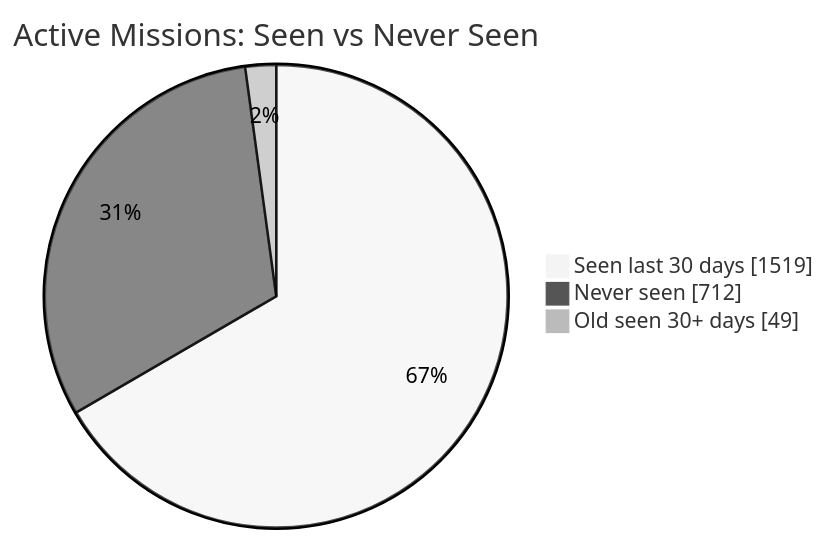
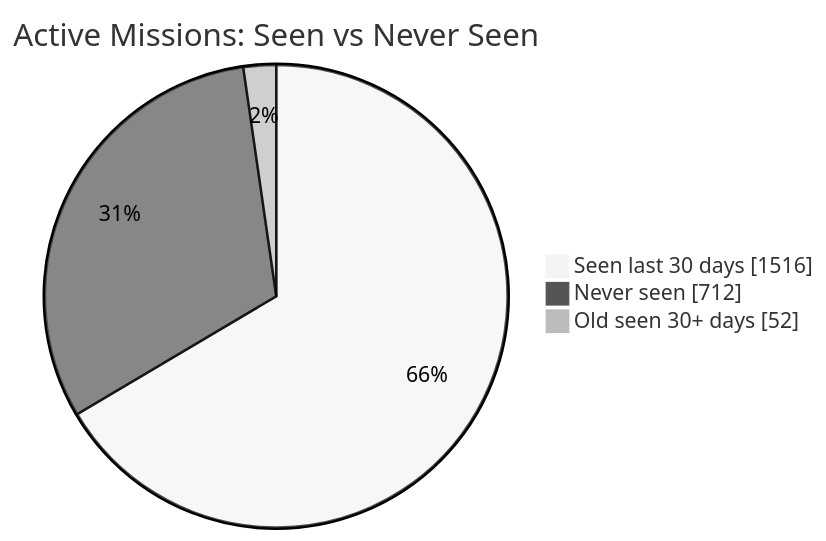
Before and after one commit to MeldkamerspelGameTeam/active-missions: the first of 2 diagrams in README.md, drawn with Mermaid (neutral theme). The commit also changed other lines of this file and 3 other files, not shown here.

````diff
--- a/README.md
+++ b/README.md
@@ -34,7 +34,7 @@
 ```mermaid
 pie showData
     title Active Missions: Seen vs Never Seen
-    "Seen last 30 days" : 1519
+    "Seen last 30 days" : 1516
     "Never seen" : 712
-    "Old seen 30+ days" : 49
+    "Old seen 30+ days" : 52
 ```
````
